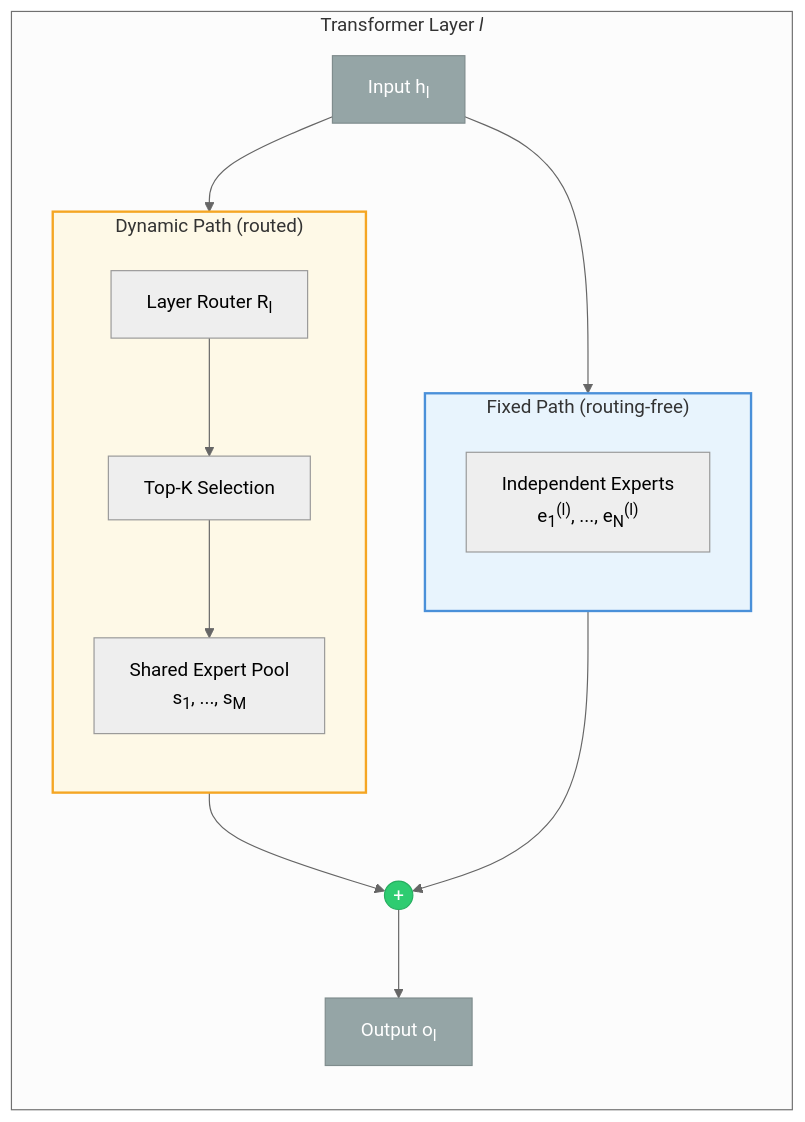
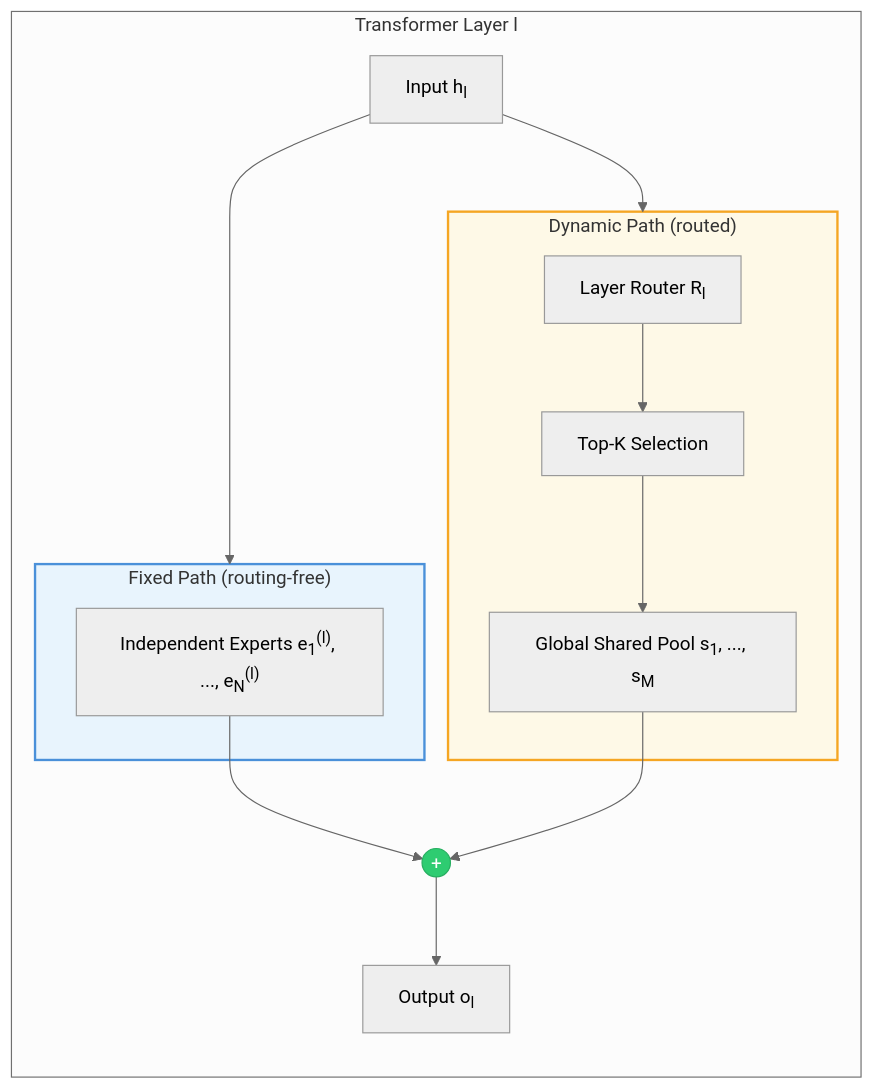
Before and after one commit to CESTC-REAL/Self-MoE: the diagram in README.md, drawn with Mermaid (neutral theme). The commit also changed other lines of this file and 30 other files, not shown here.

````diff
--- a/README.md
+++ b/README.md
@@ -42,33 +91,23 @@
 ```mermaid
 flowchart TD
-    subgraph Layer["Transformer Layer <i>l</i>"]
+    subgraph Layer["Transformer Layer l"]
         direction TB
         INPUT["Input h<sub>l</sub>"]
-
         INPUT --> FP
         INPUT --> DP
 
         subgraph FP["Fixed Path (routing-free)"]
-            direction TB
-            IND["Independent Experts<br/>e<sub>1</sub><sup>(l)</sup>, ..., e<sub>N</sub><sup>(l)</sup>"]
+            INDEP["Independent Experts e<sub>1</sub><sup>(l)</sup>, ..., e<sub>N</sub><sup>(l)</sup>"]
+        end
+        subgraph DP["Dynamic Path (routed)"]
+            ROUTER["Layer Router R<sub>l</sub>"] --> TOPK["Top-K Selection"] --> POOL["Global Shared Pool s<sub>1</sub>, ..., s<sub>M</sub>"]
         end
 
-        subgraph DP["Dynamic Path (routed)"]
-            direction TB
-            ROUTER["Layer Router R<sub>l</sub>"]
-            TOPK["Top-K Selection"]
-            POOL["Shared Expert Pool<br/>s<sub>1</sub>, ..., s<sub>M</sub>"]
-            ROUTER --> TOPK --> POOL
-        end
-
-        IND --> ADD((+))
+        INDEP --> ADD((+))
         POOL --> ADD
         ADD --> OUTPUT["Output o<sub>l</sub>"]
     end
-
     style FP fill:#e8f4fd,stroke:#4a90d9,stroke-width:2px
     style DP fill:#fef9e7,stroke:#f5a623,stroke-width:2px
     style ADD fill:#2ecc71,stroke:#27ae60,color:#fff
-    style INPUT fill:#95a5a6,stroke:#7f8c8d,color:#fff
-    style OUTPUT fill:#95a5a6,stroke:#7f8c8d,color:#fff
 ```
````
